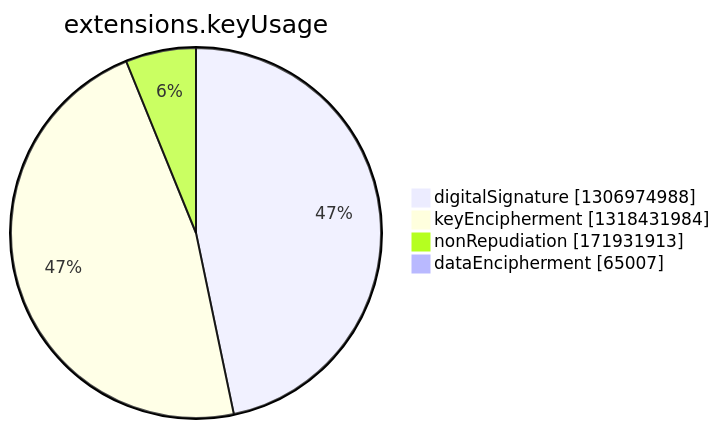
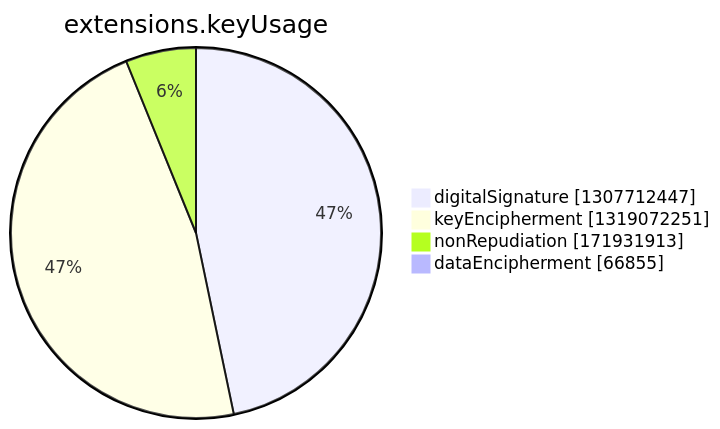
Before and after one commit to christiankrug/ctmonitor_visualization: the seventh of 15 diagrams in argon2022/README.md, drawn with Mermaid. The commit also changed other lines of this file, not shown here.

````diff
--- a/argon2022/README.md
+++ b/argon2022/README.md
@@ -2750,8 +2750,8 @@
 ```mermaid
 pie showData
 title extensions.keyUsage
-"digitalSignature" :1306974988
-"keyEncipherment" :1318431984
+"digitalSignature" :1307712447
+"keyEncipherment" :1319072251
 "nonRepudiation" :171931913
-"dataEncipherment" :65007
+"dataEncipherment" :66855
 ```
````
